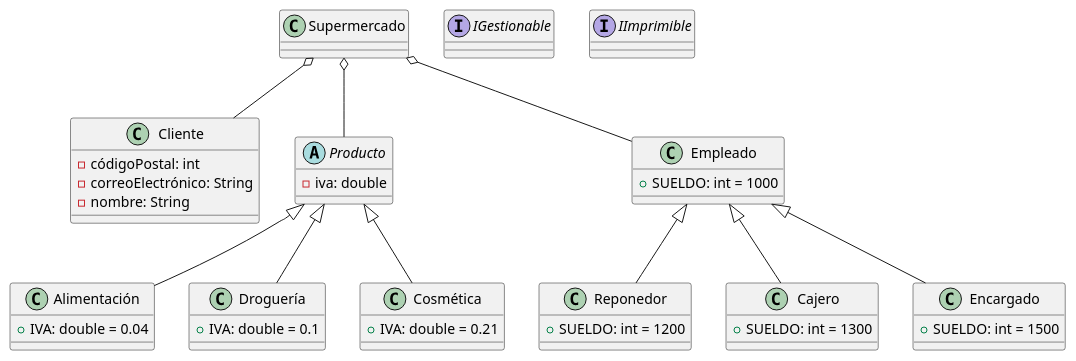
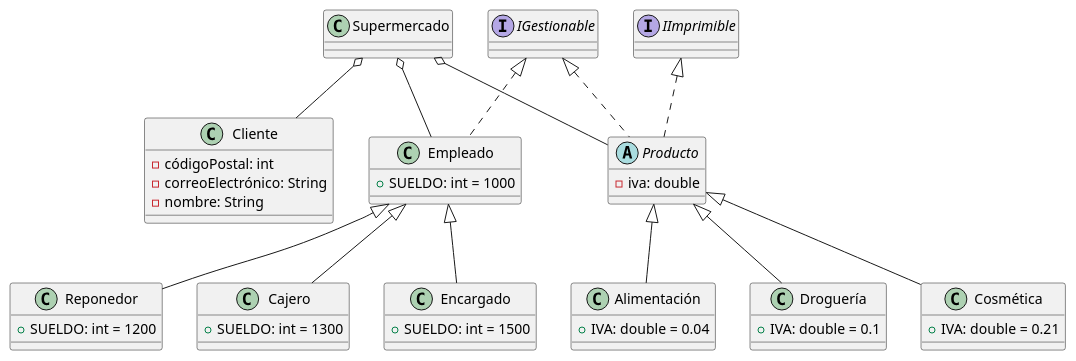
The diagram in diseño/MercaDAW.pu (RaulGoFer/MercaDAW), drawn with PlantUML before and after one commit. The commit also changed 19 other files, not shown here.

```diff
--- a/diseño/MercaDAW.pu
+++ b/diseño/MercaDAW.pu
@@ -1,63 +1,66 @@
 @startuml
 
 class Supermercado{
     
 }
 
 class Cliente{
     - códigoPostal: int
     - correoElectrónico: String
     - nombre: String
 }
 
 abstract class Producto{
     - iva: double
 }
 
 class Alimentación{
     + IVA: double = 0.04   
 }
 
 class Droguería{
     + IVA: double = 0.1    
 }
 
 class Cosmética{
     + IVA: double = 0.21    
 }
 
 class Empleado{
     + SUELDO: int = 1000
 }
 
 class Reponedor{
     + SUELDO: int = 1200
 }
 
 class Cajero{
     + SUELDO: int = 1300
 }
 
 class Encargado{
     + SUELDO: int = 1500   
 }
 
 interface IGestionable{
 
 }
 
 interface IImprimible{
     
 }
 
 Supermercado o-- Producto
 Supermercado o-- Empleado
 Supermercado o-- Cliente
 Producto <|-- Alimentación
 Producto <|-- Droguería
 Producto <|-- Cosmética
 Empleado <|-- Reponedor
 Empleado <|-- Cajero
 Empleado <|-- Encargado
+IGestionable <|.. Empleado
+IGestionable <|.. Producto
+IImprimible <|.. Producto
 
 @enduml
```
